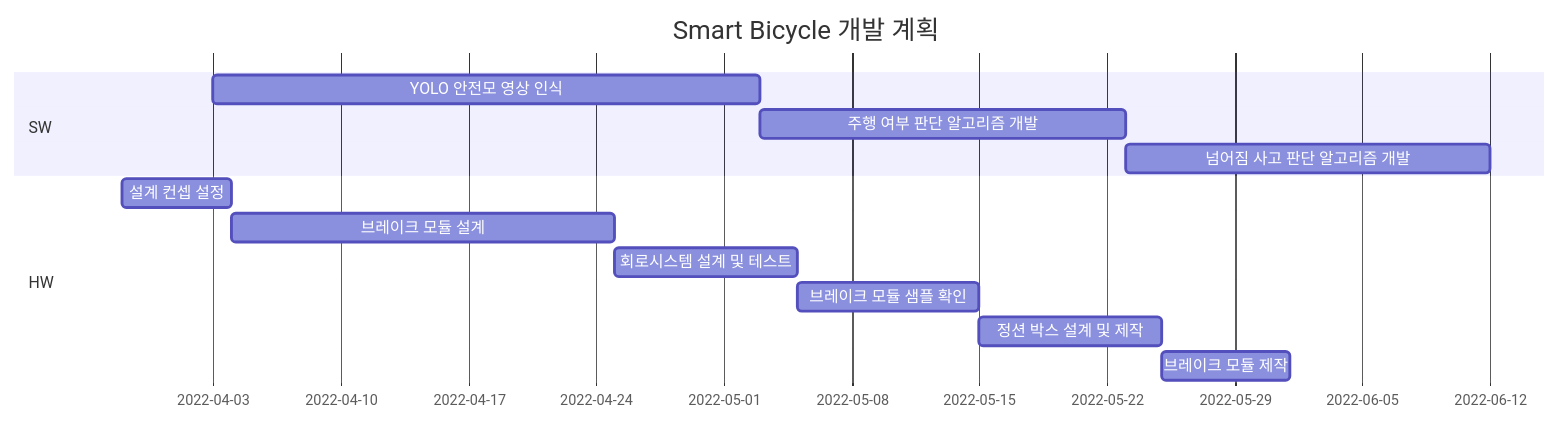
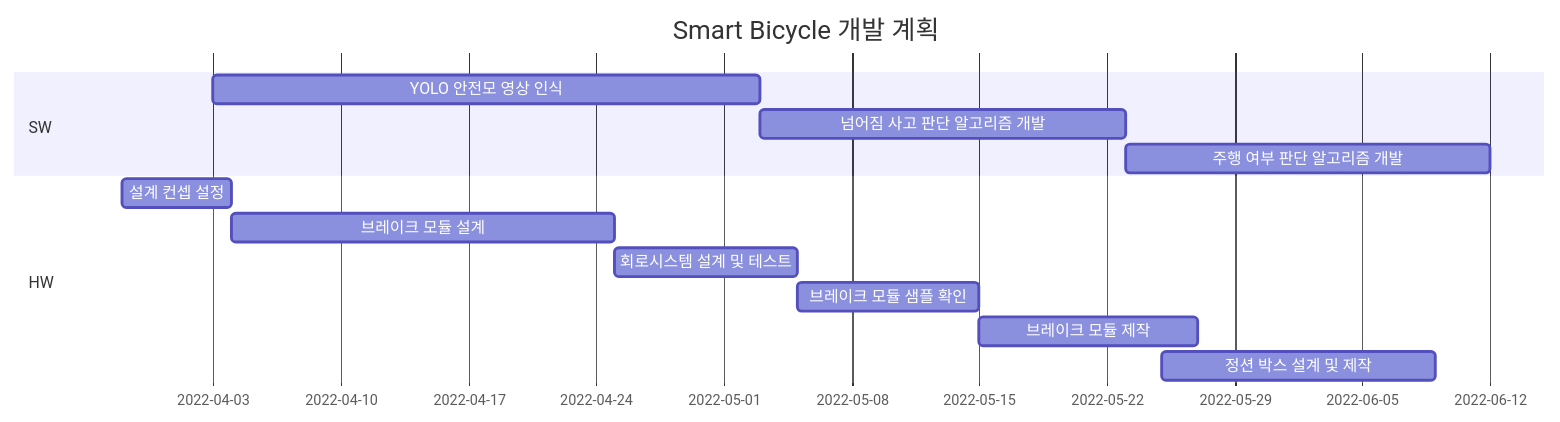
Before and after one commit to bonawoo/capstone_1: the diagram in README.md, drawn with Mermaid.

````diff
--- a/README.md
+++ b/README.md
@@ -8,18 +8,18 @@
 ```mermaid
 gantt
     title Smart Bicycle 개발 계획
     dateFormat  YYYY-MM-DD
 
     section SW
     YOLO 안전모 영상 인식     :a1,2022-04-03  , 30d
-    주행 여부 판단 알고리즘 개발 : a2, after a1,  20d
-    넘어짐 사고 판단 알고리즘 개발 :after a2 , 20d
+    넘어짐 사고 판단 알고리즘 개발 : a2, after a1,  20d
+    주행 여부 판단 알고리즘 개발 :after a2 , 20d
 
     section HW
     설계 컨셉 설정: 2022-03-29, 6d
     브레이크 모듈 설계: 2022-04-04, 21d
     회로시스템 설계 및 테스트: 2022-04-25, 10d
     브레이크 모듈 샘플 확인: 2022-05-05, 10d
-    정션 박스 설계 및 제작: 2022-05-15, 10d
-    브레이크 모듈 제작: 2022-05-25, 7d
+    브레이크 모듈 제작: 2022-05-15, 12d
+    정션 박스 설계 및 제작: 2022-05-25, 15d
 ```
````
